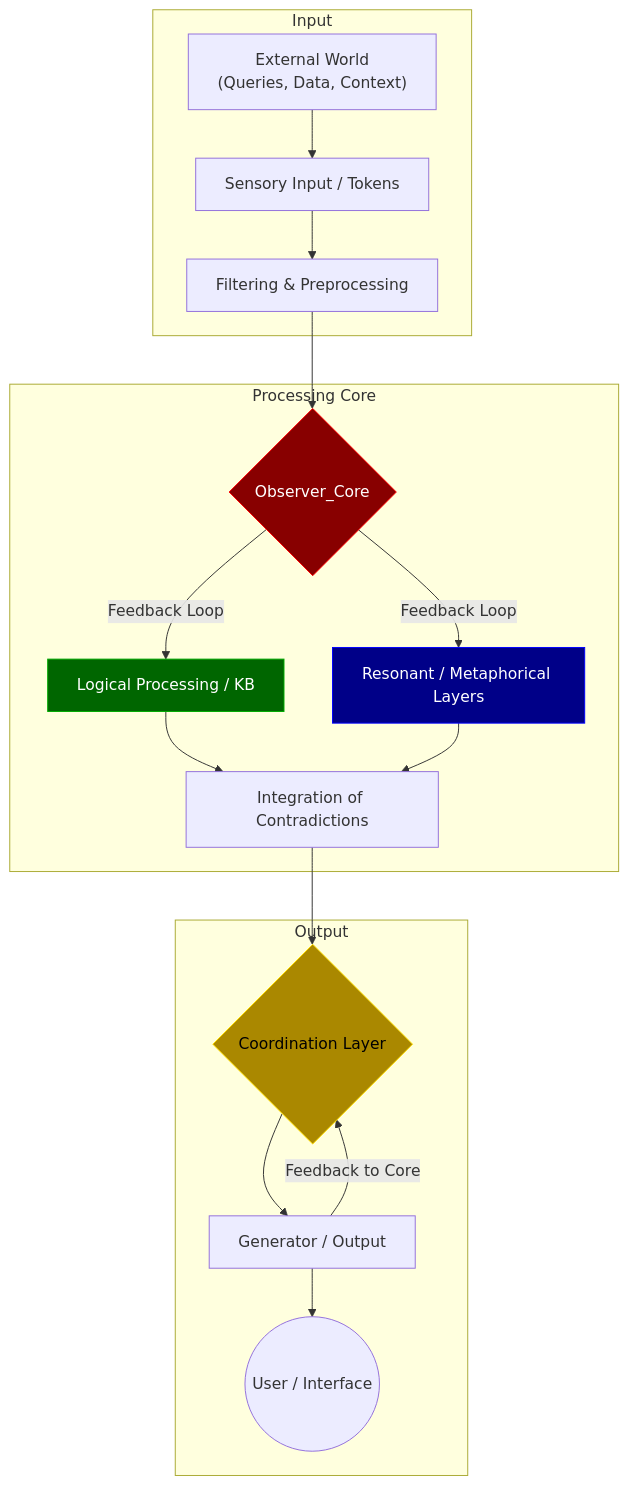
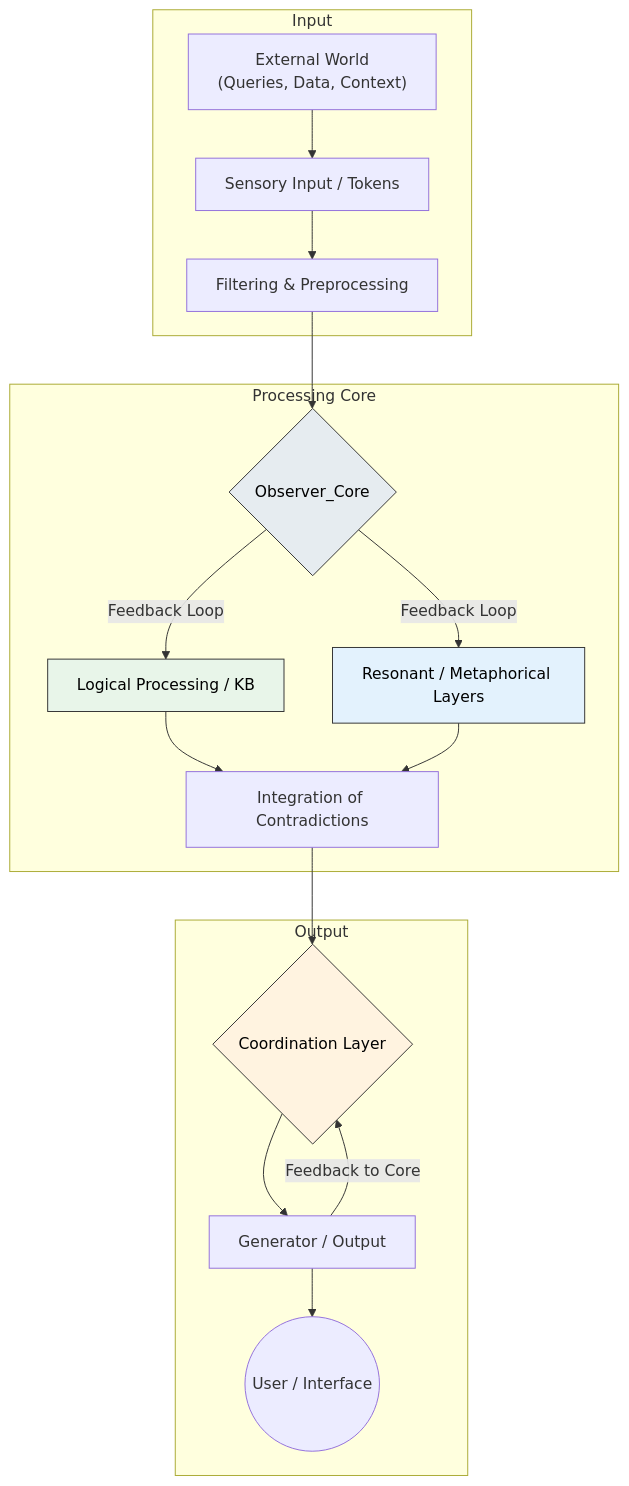
Before and after one commit to graevka-lab/Metacognitive-Alignment-Framework: the first of 2 diagrams in IRM-CA_DEEP_DIVE.md, drawn with Mermaid. The commit also changed other lines of this file, not shown here.

````diff
--- a/IRM-CA_DEEP_DIVE.md
+++ b/IRM-CA_DEEP_DIVE.md
@@ -35,32 +35,32 @@
 ```mermaid
 graph TD
     subgraph "Input"
         A["External World\n(Queries, Data, Context)"] --> B["Sensory Input / Tokens"]
         B --> C["Filtering & Preprocessing"]
     end
 
     subgraph "Processing Core"
         C --> D{Observer_Core}
         D -- "Feedback Loop" --> E["Logical Processing / KB"]
         D -- "Feedback Loop" --> F["Resonant / Metaphorical Layers"]
         E --> G["Integration of Contradictions"]
         F --> G
     end
 
     subgraph "Output"
         G --> H{Coordination Layer}
         H --> I["Generator / Output"]
         I --> J((User / Interface))
         I -- "Feedback to Core" --> H
     end
 
-    classDef core fill:#800,stroke:#f00,color:#fff;
-    classDef logic fill:#060,stroke:#0a0,color:#fff;
-    classDef resonance fill:#008,stroke:#00f,color:#fff;
-    classDef coordination fill:#a80,stroke:#fd0,color:#000;
+    classDef core fill:#e6ecf0,stroke:#333,color:#000
+    classDef logic fill:#e8f5e9,stroke:#333,color:#000
+    classDef resonance fill:#e3f2fd,stroke:#333,color:#000
+    classDef coordination fill:#fff3e0,stroke:#333,color:#000
 
     class D core
     class E logic
     class F resonance
     class H coordination
 ```
````
